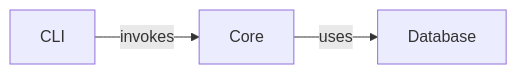
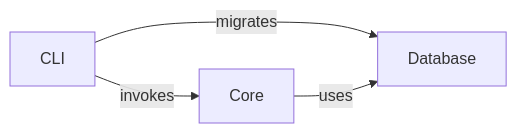
The second of 3 diagrams in README.md (ghdoergeloh/horva), drawn with Mermaid before and after one commit. The commit also changed other lines of this file and 9 other files, not shown here.

````diff
--- a/README.md
+++ b/README.md
@@ -141,5 +167,6 @@
 ```mermaid
 flowchart LR
   CLI -->|invokes| Core
+  CLI -->|migrates| Database
   Core -->|uses| Database
 ```
````
